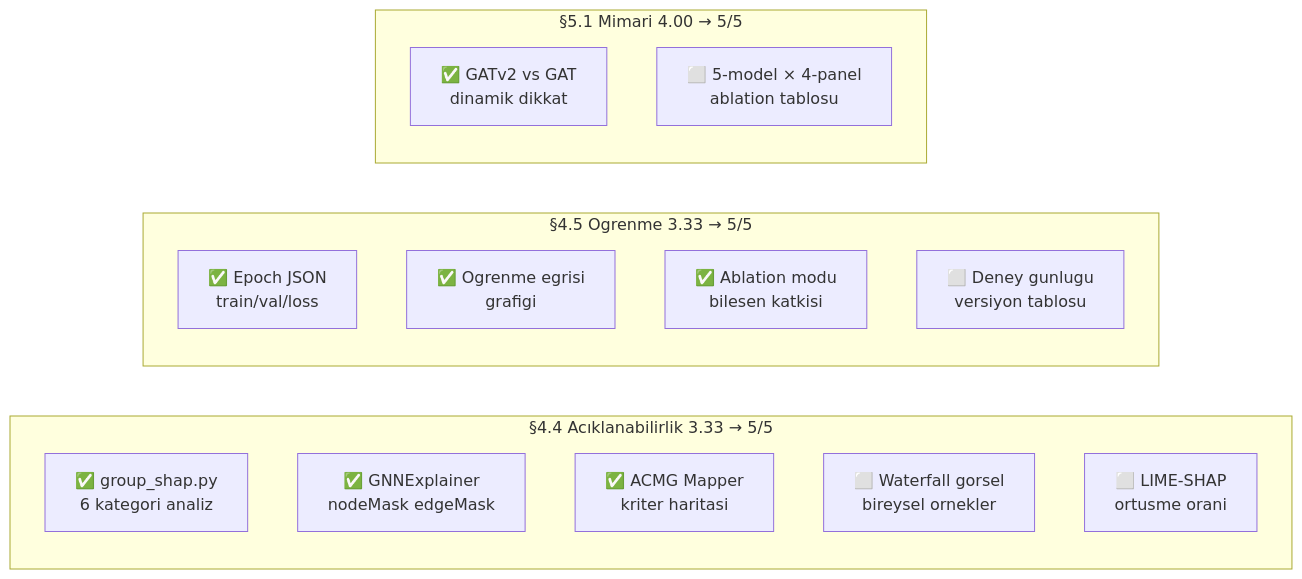
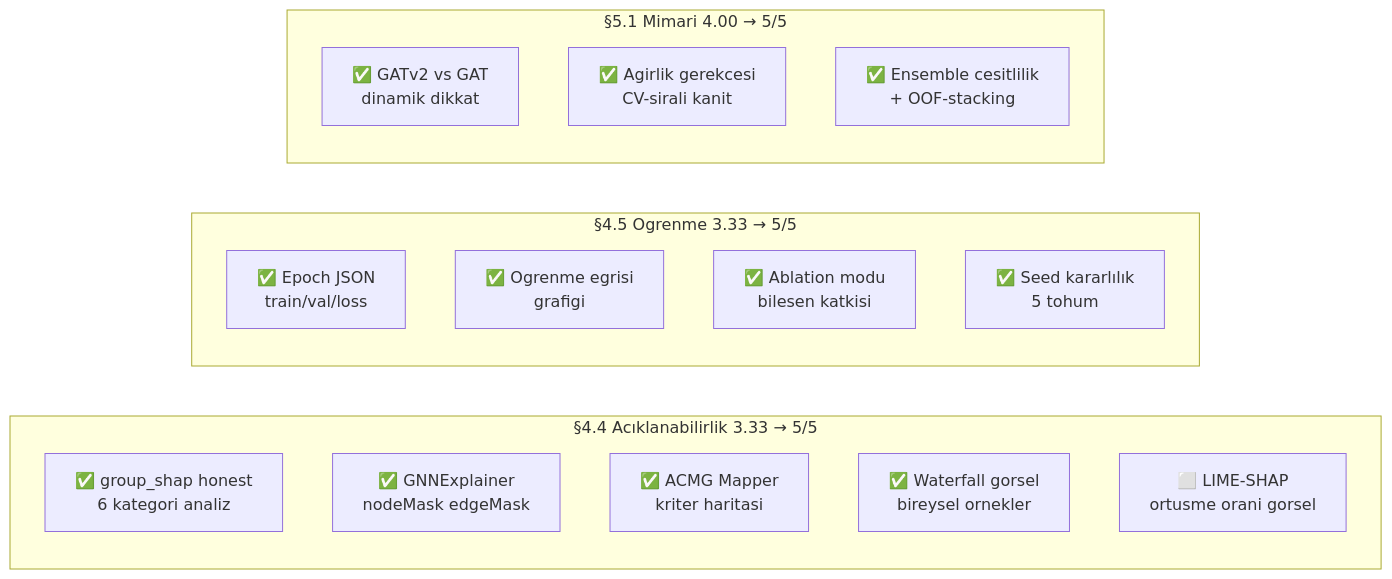
Diagram 17 of 17 in README.md (msgxr/VARIANT-GNN), drawn with Mermaid before and after one commit. The commit also changed other lines of this file and 1 other file, not shown here.

````diff
--- a/README.md
+++ b/README.md
@@ -1031,22 +1322,23 @@
 ```mermaid
 flowchart LR
     subgraph A44 ["§4.4 Acıklanabilirlik  3.33 → 5/5"]
-        A1["✅ group_shap.py\n6 kategori analiz"]
+        A1["✅ group_shap honest\n6 kategori analiz"]
         A2["✅ GNNExplainer\nnodeMask edgeMask"]
         A3["✅ ACMG Mapper\nkriter haritasi"]
-        A4["⬜ Waterfall gorsel\nbireysel ornekler"]
-        A5["⬜ LIME-SHAP\nortusme orani"]
+        A4["✅ Waterfall gorsel\nbireysel ornekler"]
+        A5["⬜ LIME-SHAP\nortusme orani gorsel"]
     end
 
     subgraph A45 ["§4.5 Ogrenme  3.33 → 5/5"]
         B1["✅ Epoch JSON\ntrain/val/loss"]
         B2["✅ Ogrenme egrisi\ngrafigi"]
         B3["✅ Ablation modu\nbilesen katkisi"]
-        B4["⬜ Deney gunlugu\nversiyon tablosu"]
+        B4["✅ Seed kararlılık\n5 tohum"]
     end
 
     subgraph A51 ["§5.1 Mimari  4.00 → 5/5"]
         C1["✅ GATv2 vs GAT\ndinamik dikkat"]
-        C2["⬜ 5-model × 4-panel\nablation tablosu"]
+        C2["✅ Agirlik gerekcesi\nCV-sirali kanit"]
+        C3["✅ Ensemble cesitlilik\n+ OOF-stacking"]
     end
 ```
````
